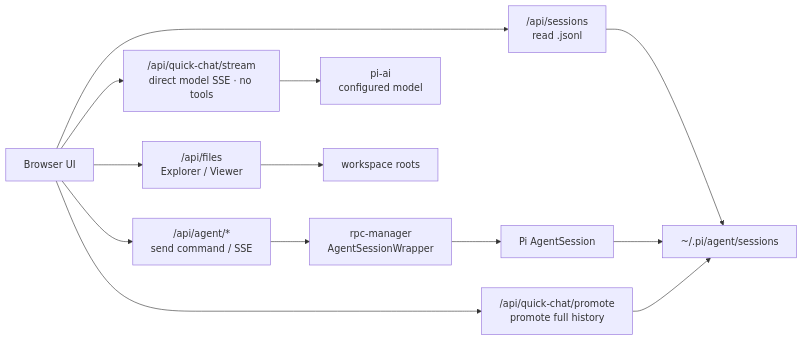
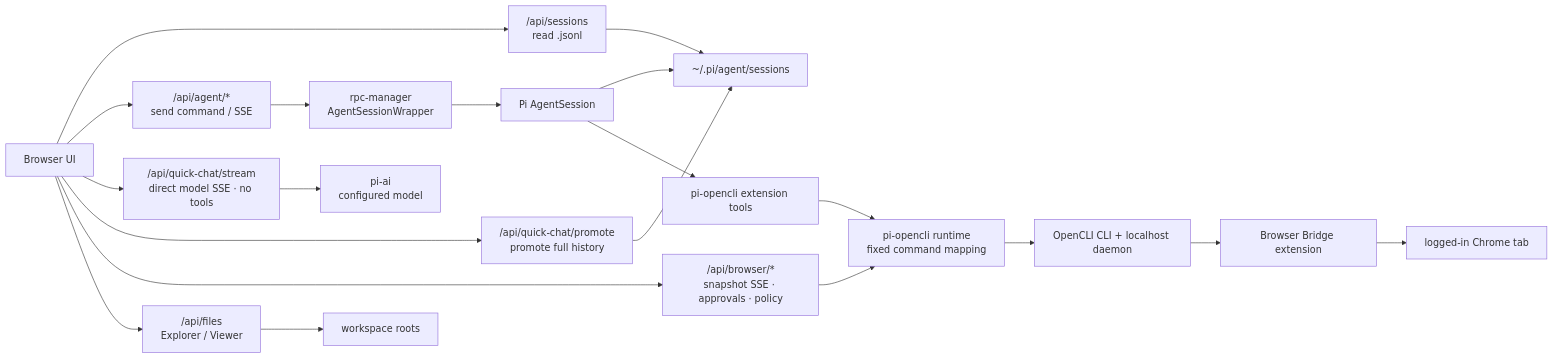
Before and after one commit to linky-fan/pi-web-seeker: the diagram in README.md, drawn with Mermaid. The commit also changed other lines of this file and 20 other files, not shown here.

Commit message:
Add OpenCLI browser workspace and compact statuses

````diff
--- a/README.md
+++ b/README.md
@@ -150,15 +150,22 @@
 ```mermaid
 flowchart LR
   Browser["Browser UI"] --> SessionsApi["/api/sessions<br/>read .jsonl"]
   Browser --> AgentApi["/api/agent/*<br/>send command / SSE"]
   SessionsApi --> SessionFiles["~/.pi/agent/sessions"]
   AgentApi --> RpcManager["rpc-manager<br/>AgentSessionWrapper"]
   RpcManager --> PiAgent["Pi AgentSession"]
   PiAgent --> SessionFiles
   Browser --> QuickChatApi["/api/quick-chat/stream<br/>direct model SSE · no tools"]
   QuickChatApi --> ConfiguredModel["pi-ai<br/>configured model"]
   Browser --> QuickChatPromote["/api/quick-chat/promote<br/>promote full history"]
   QuickChatPromote --> SessionFiles
+  Browser --> BrowserApi["/api/browser/*<br/>snapshot SSE · approvals · policy"]
+  BrowserApi --> OpenCliRuntime["pi-opencli runtime<br/>fixed command mapping"]
+  PiAgent --> BrowserTools["pi-opencli extension tools"]
+  BrowserTools --> OpenCliRuntime
+  OpenCliRuntime --> OpenCli["OpenCLI CLI + localhost daemon"]
+  OpenCli --> ChromeBridge["Browser Bridge extension"]
+  ChromeBridge --> ControlledChrome["logged-in Chrome tab"]
   Browser --> FilesApi["/api/files<br/>Explorer / Viewer"]
   FilesApi --> Workspace["workspace roots"]
 ```
````
